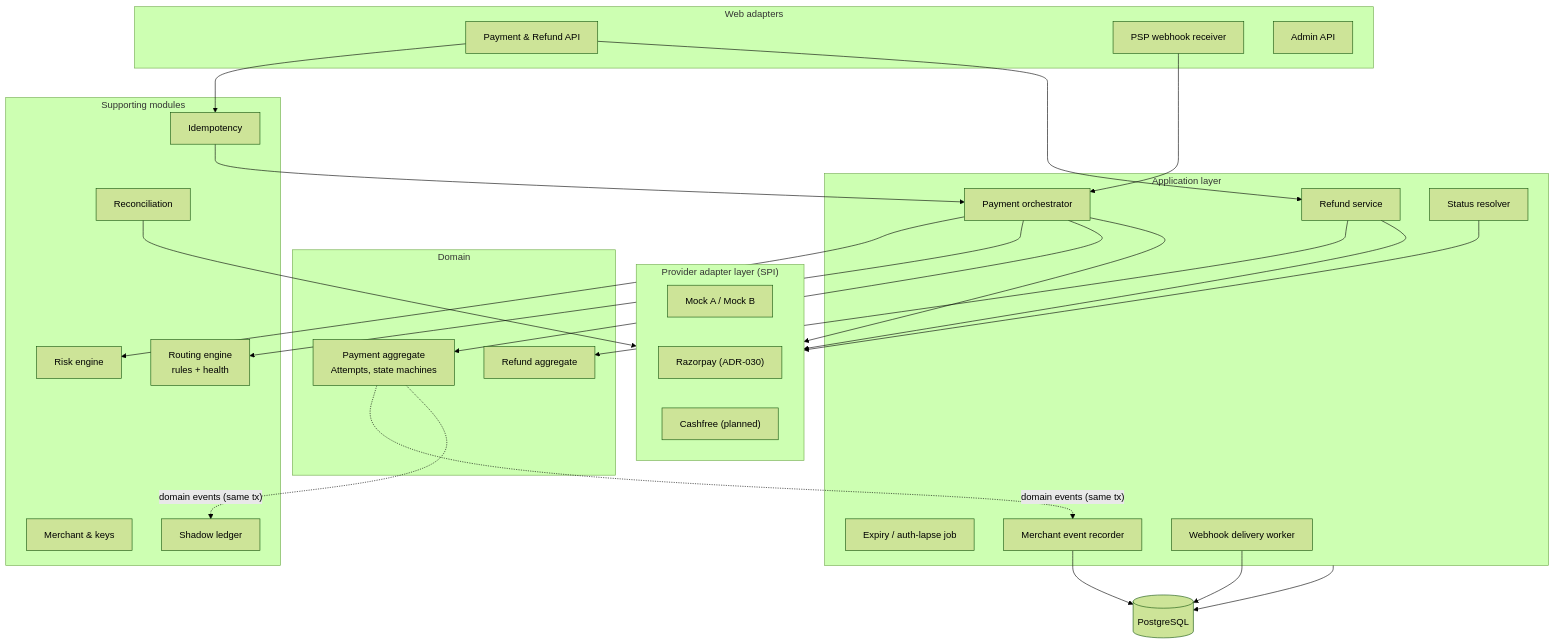
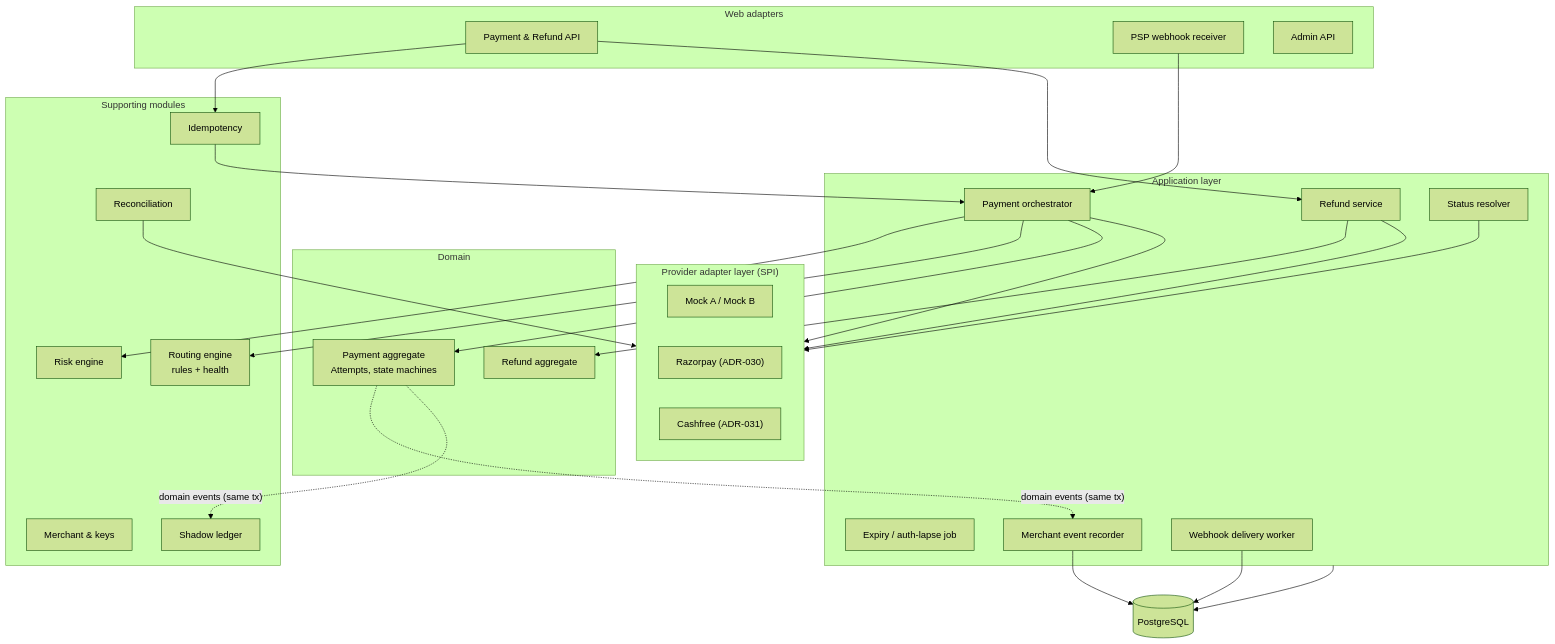
Before and after one commit to Deepika-1201/Payment-Orchestrator: the second of 12 diagrams in docs/architecture.md, drawn with Mermaid (forest theme). The commit also changed other lines of this file and 25 other files, not shown here.

Commit message:
Cashfree adapter: hosted Payment Links and Order Pay UPI, exact rupee amounts, phone-aware routing, body-hash webhook dedupe, environment by deployment mode (ADR-031)

````diff
--- a/docs/architecture.md
+++ b/docs/architecture.md
@@ -58,51 +58,51 @@
 ```mermaid
 flowchart TB
     subgraph web["Web adapters"]
         PaymentAPI["Payment & Refund API"]
         WebhookIn["PSP webhook receiver"]
         AdminAPI["Admin API"]
     end
     subgraph app["Application layer"]
         Orchestrator["Payment orchestrator"]
         RefundSvc["Refund service"]
         Resolver["Status resolver"]
         Expiry["Expiry / auth-lapse job"]
         EventRec["Merchant event recorder"]
         Delivery["Webhook delivery worker"]
     end
     subgraph domain["Domain"]
         Payment["Payment aggregate<br/>Attempts, state machines"]
         Refund["Refund aggregate"]
     end
     subgraph support["Supporting modules"]
         Idem["Idempotency"]
         Risk["Risk engine"]
         Routing["Routing engine<br/>rules + health"]
         Merchant["Merchant & keys"]
         Ledger["Shadow ledger"]
         Recon["Reconciliation"]
     end
     subgraph providers["Provider adapter layer (SPI)"]
         Mock["Mock A / Mock B"]
         Razorpay["Razorpay (ADR-030)"]
-        Cashfree["Cashfree (planned)"]
+        Cashfree["Cashfree (ADR-031)"]
     end
     DB[("PostgreSQL")]
 
     PaymentAPI --> Idem --> Orchestrator
     PaymentAPI --> RefundSvc
     WebhookIn --> Orchestrator
     Orchestrator --> Risk
     Orchestrator --> Routing
     Orchestrator --> Payment
     RefundSvc --> Refund
     Orchestrator --> providers
     RefundSvc --> providers
     Resolver --> providers
     Payment -. "domain events (same tx)" .-> EventRec
     Payment -. "domain events (same tx)" .-> Ledger
     EventRec --> DB
     Delivery --> DB
     app --> DB
     Recon --> providers
 ```
````
